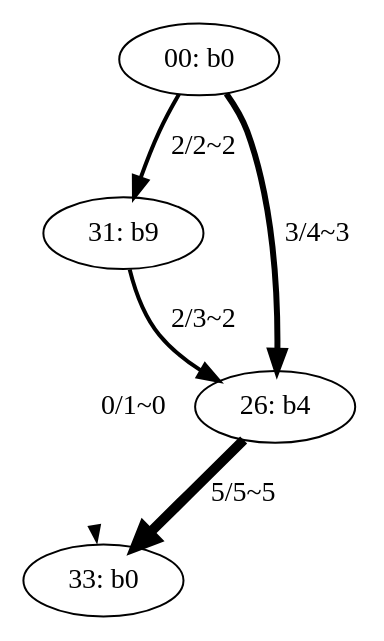
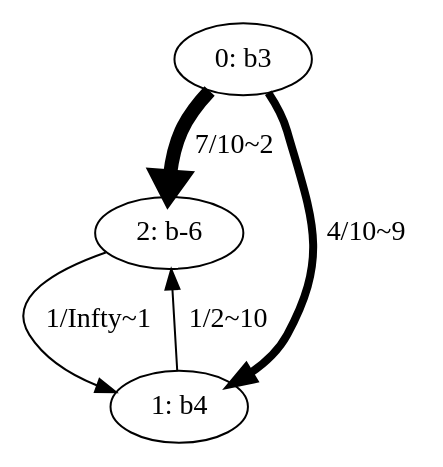
Before and after one commit to Soonies/TIPE_graphes_flot_efficaces: the diagram in _build/default/Images/flow_geraph11.dot, drawn with Graphviz. The commit also changed 58 other files, not shown here.

```diff
--- a/_build/default/Images/flow_geraph11.dot
+++ b/_build/default/Images/flow_geraph11.dot
@@ -1,14 +1,12 @@
 digraph G {
-  00 [label="00: b0", ];
-  33 [label="33: b0", ];
-  31 [label="31: b9", ];
-  26 [label="26: b4", ];
+  2 [label="2: b-6", ];
+  0 [label="0: b3", ];
+  1 [label="1: b4", ];
   
   
-  00 -> 26 [penwidth=3.000000, label="3/4~3", ];
-  31 -> 26 [penwidth=2.000000, label="2/3~2", ];
-  26 -> 33 [penwidth=5.000000, label="5/5~5", ];
-  31 -> 33 [penwidth=0.000000, label="0/1~0", ];
-  00 -> 31 [penwidth=2.000000, label="2/2~2", ];
+  1 -> 2 [penwidth=1.000000, label="1/2~10", ];
+  0 -> 1 [penwidth=4.000000, label="4/10~9", ];
+  0 -> 2 [penwidth=7.000000, label="7/10~2", ];
+  2 -> 1 [penwidth=1.000000, label="1/Infty~1", ];
   
   }
```
